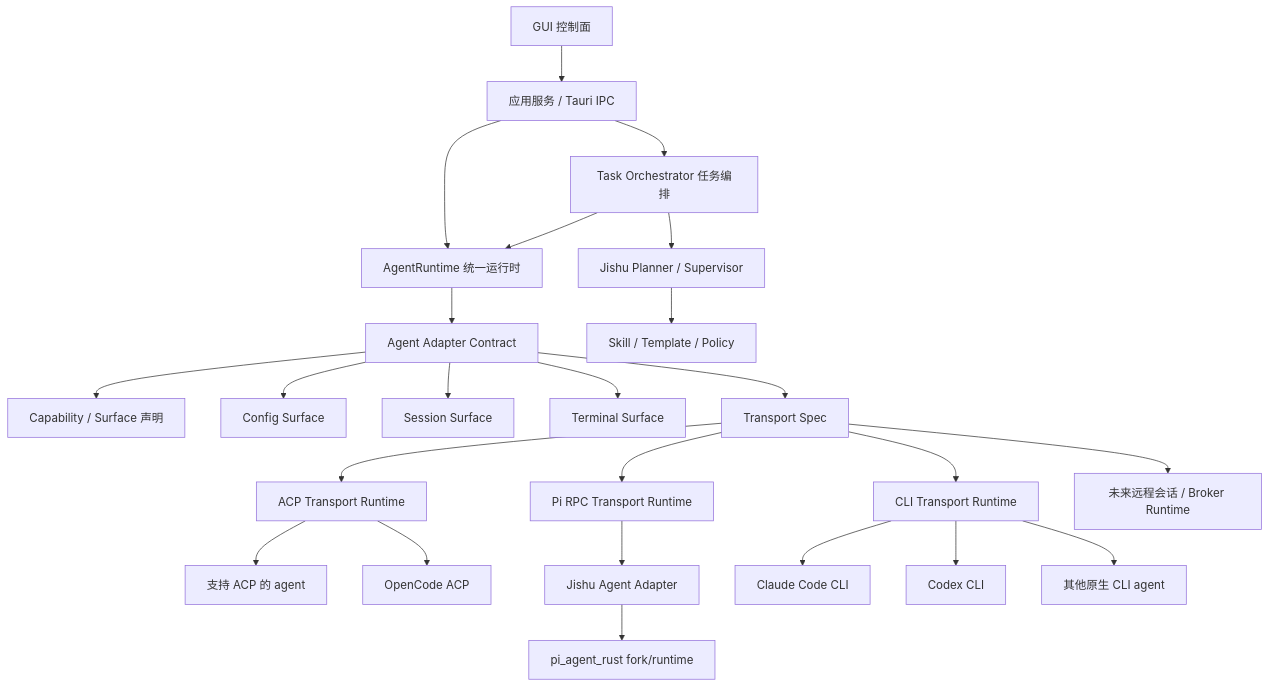
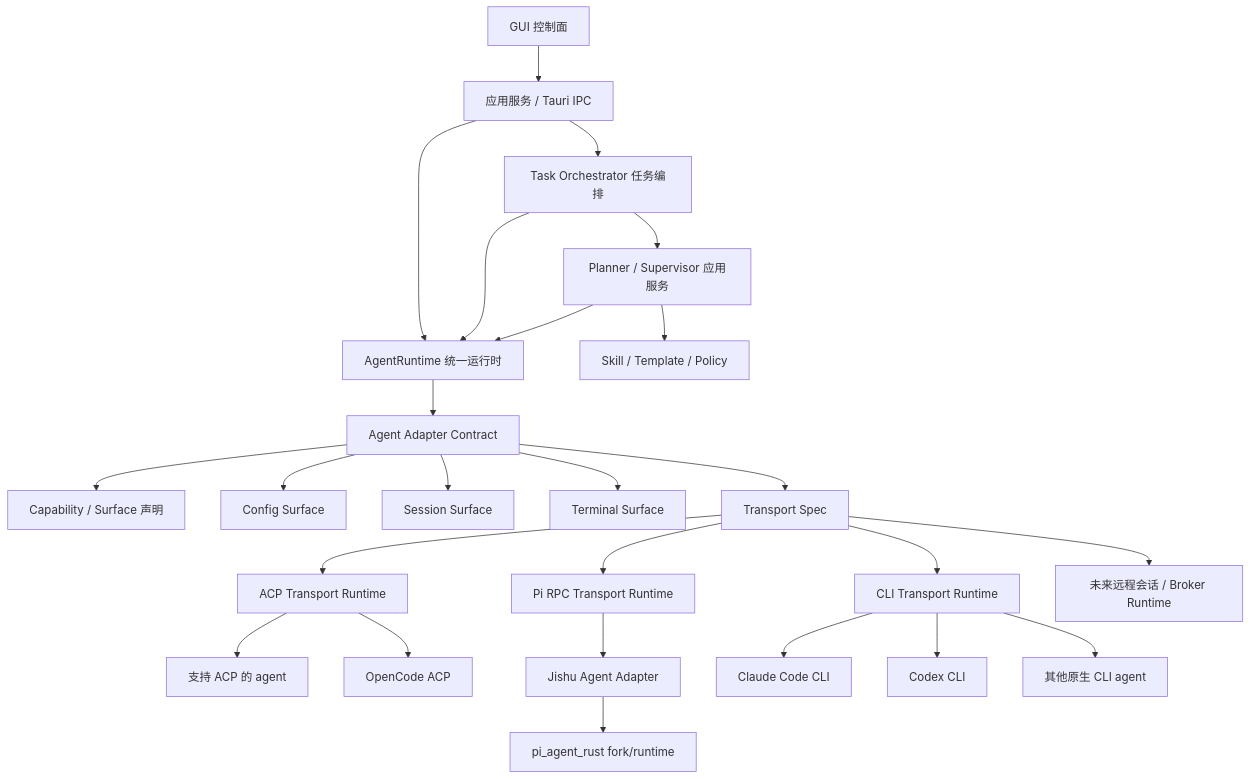
The diagram in DEVELOP_READ.MD (wang5766171/jishu-hub), drawn with Mermaid before and after one commit. The commit also changed other lines of this file, not shown here.

````diff
--- a/DEVELOP_READ.MD
+++ b/DEVELOP_READ.MD
@@ -26,30 +26,31 @@
 ```mermaid
 flowchart TD
     GUI["GUI 控制面"] --> AppSvc["应用服务 / Tauri IPC"]
     AppSvc --> AgentRuntime["AgentRuntime 统一运行时"]
     AppSvc --> TaskOrch["Task Orchestrator 任务编排"]
     TaskOrch --> AgentRuntime
+    TaskOrch --> PlannerSvc["Planner / Supervisor 应用服务"]
+    PlannerSvc --> AgentRuntime
 
     AgentRuntime --> Adapter["Agent Adapter Contract"]
     Adapter --> Cap["Capability / Surface 声明"]
     Adapter --> Config["Config Surface"]
     Adapter --> Session["Session Surface"]
     Adapter --> Terminal["Terminal Surface"]
     Adapter --> TransportSpec["Transport Spec"]
 
     TransportSpec --> AcpRuntime["ACP Transport Runtime"]
     TransportSpec --> PiRpcRuntime["Pi RPC Transport Runtime"]
     TransportSpec --> CliRuntime["CLI Transport Runtime"]
     TransportSpec --> RemoteRuntime["未来远程会话 / Broker Runtime"]
 
     AcpRuntime --> ClaudeAcp["支持 ACP 的 agent"]
     AcpRuntime --> OpenCode["OpenCode ACP"]
     PiRpcRuntime --> JishuSelf["Jishu Agent Adapter"]
     CliRuntime --> Claude["Claude Code CLI"]
     CliRuntime --> Codex["Codex CLI"]
     CliRuntime --> OtherCli["其他原生 CLI agent"]
 
     JishuSelf --> PiRust["pi_agent_rust fork/runtime"]
-    TaskOrch --> JishuPlanner["Jishu Planner / Supervisor"]
-    JishuPlanner --> SkillTpl["Skill / Template / Policy"]
+    PlannerSvc --> SkillTpl["Skill / Template / Policy"]
 ```
````
